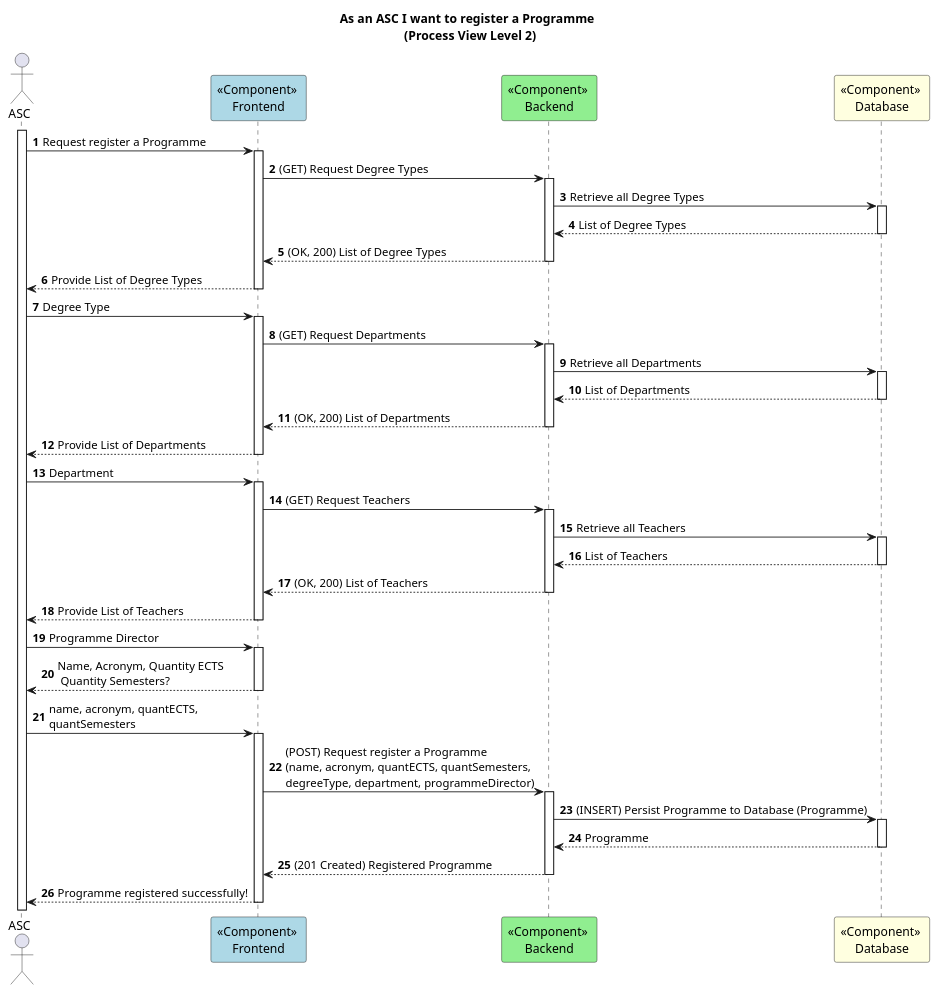
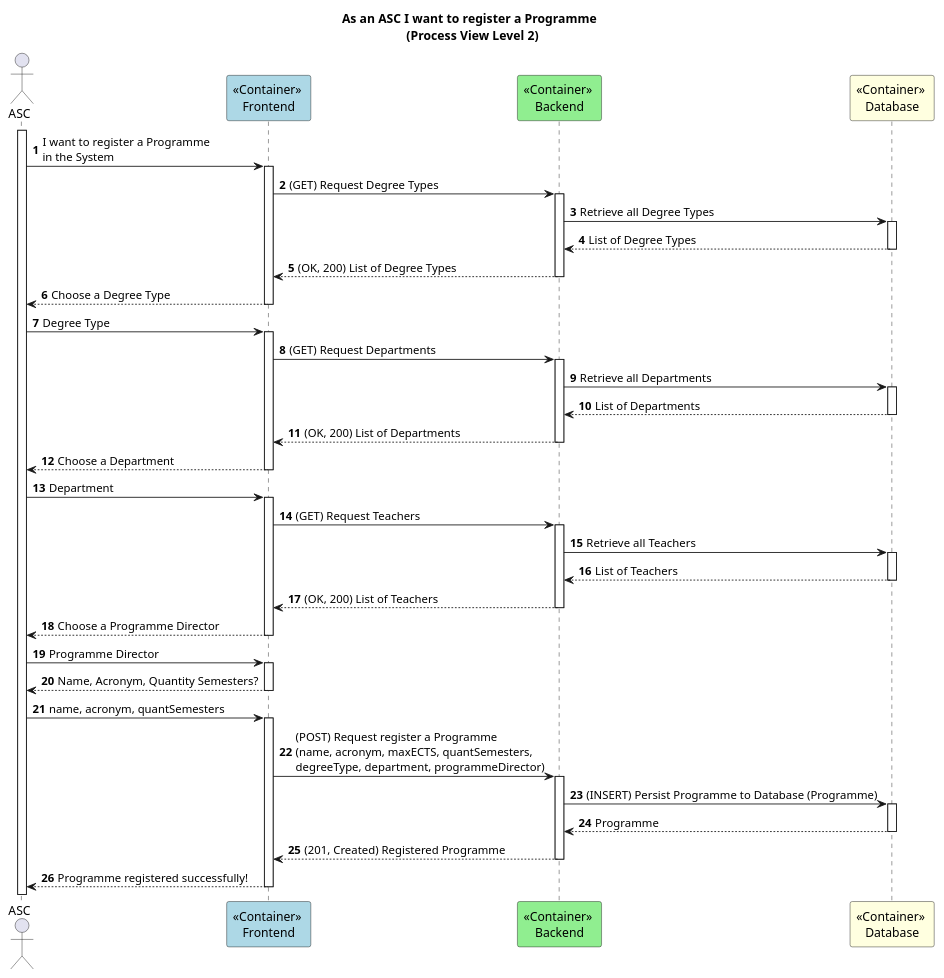
One commit to GasparISEP/DevOps-PAI changed the diagram in docs/US31/ProcessView/Level2.puml. Above: the diagram before and after it, drawn with PlantUML. The commit also changed 10 other files, not shown here.

Commit message:
Ref #505, #523: Update Process View Level 1, 2 and 3 diagrams, move Level 4 diagram and rename folder to references

```diff
--- a/docs/US31/ProcessView/Level2.puml
+++ b/docs/US31/ProcessView/Level2.puml
@@ -1,43 +1,43 @@
 @startuml
 
 autonumber
 
 title As an ASC I want to register a Programme \n (Process View Level 2)
 
 actor ASC as Admin
-participant "<<Component>> \nFrontend" as FE #lightblue
-participant "<<Component>> \nBackend" as BE #lightgreen
-participant "<<Component>> \nDatabase" as BD #lightyellow
+participant "<<Container>> \nFrontend" as FE #lightblue
+participant "<<Container>> \nBackend" as BE #lightgreen
+participant "<<Container>> \nDatabase" as BD #lightyellow
 
 activate Admin
-Admin -> FE ++: Request register a Programme
+Admin -> FE ++: I want to register a Programme \nin the System
 FE -> BE ++: (GET) Request Degree Types
 BE -> BD ++: Retrieve all Degree Types
 BD --> BE --: List of Degree Types
 BE --> FE --: (OK, 200) List of Degree Types
-FE --> Admin --: Provide List of Degree Types
+FE --> Admin --: Choose a Degree Type
 Admin -> FE ++: Degree Type
 
 FE -> BE ++: (GET) Request Departments
 BE -> BD ++: Retrieve all Departments
 BD --> BE --: List of Departments
 BE --> FE --: (OK, 200) List of Departments
-FE --> Admin --: Provide List of Departments
+FE --> Admin --: Choose a Department
 Admin -> FE ++: Department
 
 FE -> BE ++: (GET) Request Teachers
 BE -> BD ++: Retrieve all Teachers
 BD --> BE --: List of Teachers
 BE --> FE --: (OK, 200) List of Teachers
-FE --> Admin --: Provide List of Teachers
+FE --> Admin --: Choose a Programme Director
 Admin -> FE ++: Programme Director
 
-FE --> Admin --: Name, Acronym, Quantity ECTS\n Quantity Semesters?
-Admin -> FE ++: name, acronym, quantECTS, \nquantSemesters
-FE -> BE ++: (POST) Request register a Programme \n(name, acronym, quantECTS, quantSemesters, \ndegreeType, department, programmeDirector)
+FE --> Admin --: Name, Acronym, Quantity Semesters?
+Admin -> FE ++: name, acronym, quantSemesters
+FE -> BE ++: (POST) Request register a Programme \n(name, acronym, maxECTS, quantSemesters, \ndegreeType, department, programmeDirector)
 BE -> BD ++: (INSERT) Persist Programme to Database (Programme)
 BD --> BE --: Programme
-BE --> FE --: (201 Created) Registered Programme
+BE --> FE --: (201, Created) Registered Programme
 FE --> Admin --: Programme registered successfully!
 
 @enduml
```
